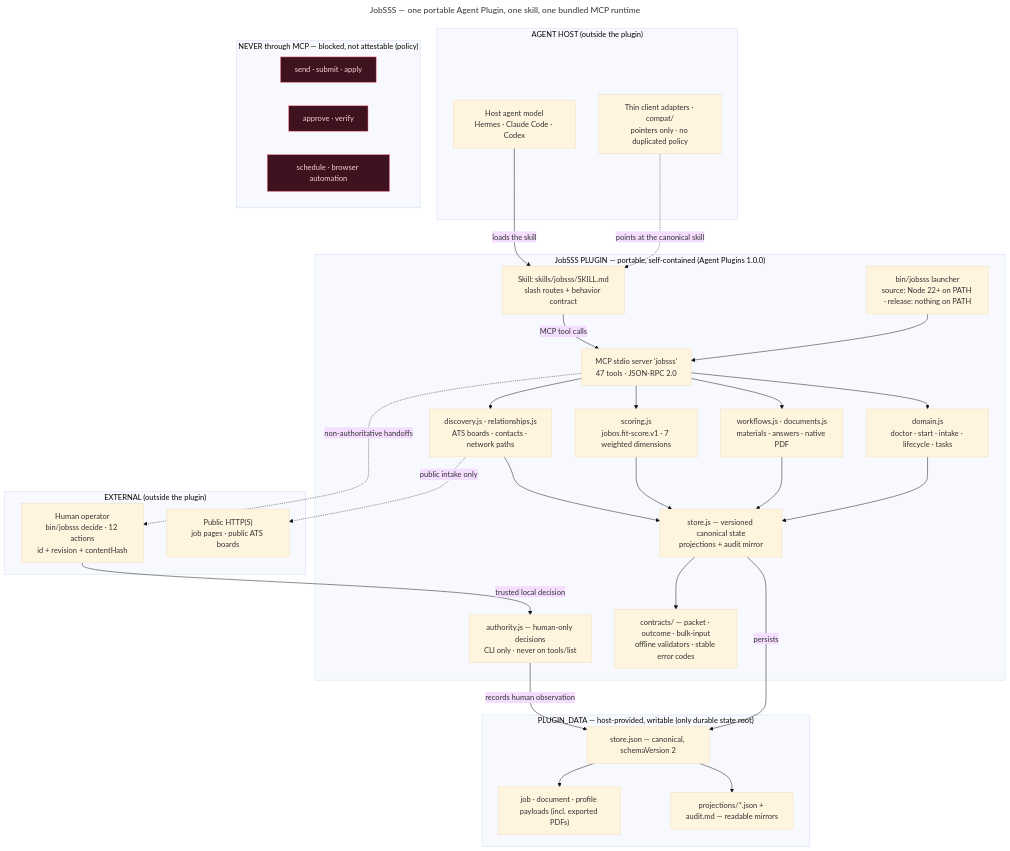
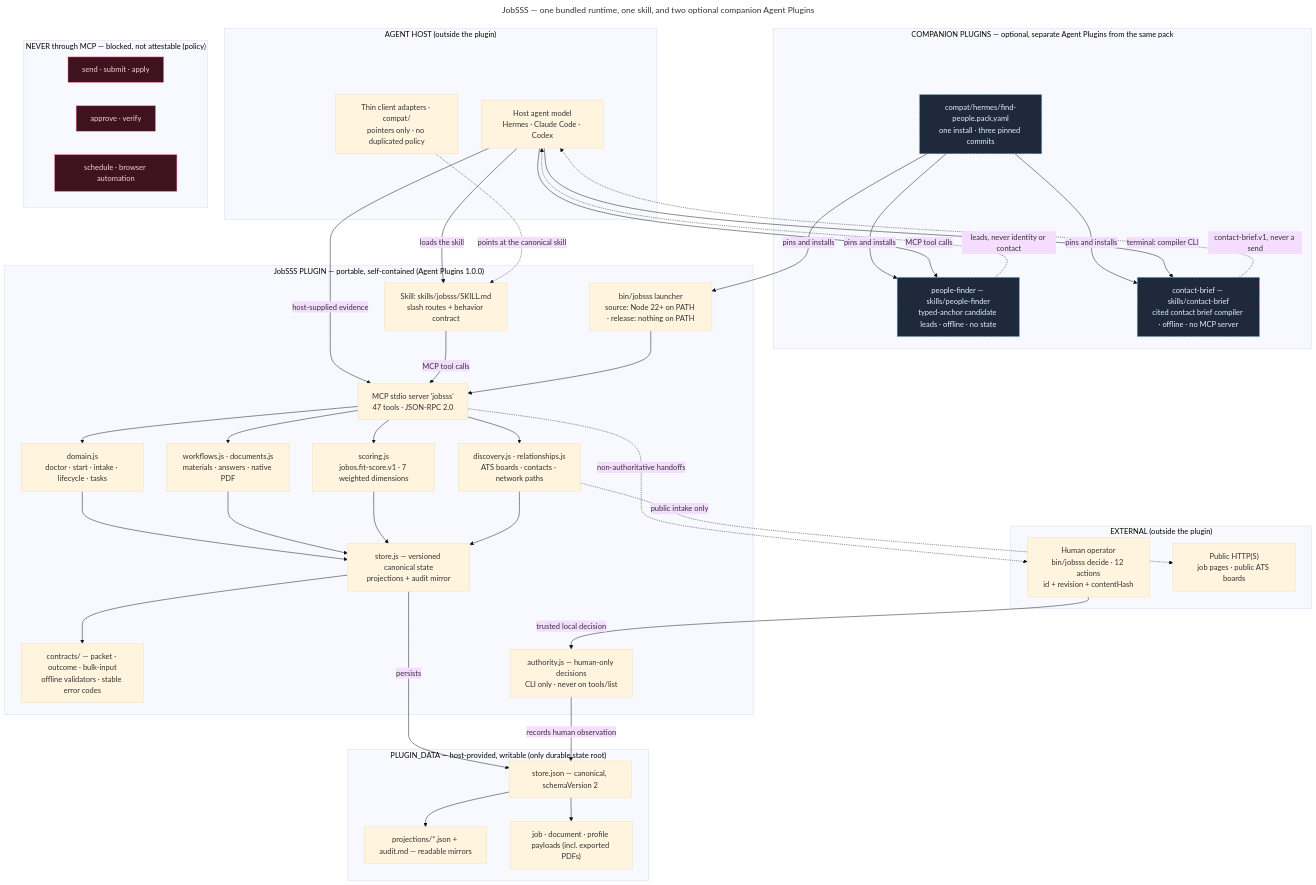
One commit to lpbangun/jobsss changed the diagram in docs/jobsss-architecture.mmd. Above: the diagram before and after it, drawn with Mermaid (base theme). The commit also changed 2 other files, not shown here.

Commit message:
docs(readme): standalone framing, install-first order, agent prompt, companions in the diagram
- remove every JobOS reference from the README: the standalone framing needs no
  other project named, and the release/license prose now reads without it. The
  `jobos.fit-score.v1` contract id stays (frozen, gate-asserted string) and
  LICENSE keeps its required attribution.
- move Install above Architecture and lead with a copy-paste prompt that points
  an agent at INSTALL.md to pick the surface for its own host.
- architecture: add boundary 6 (companions are separate plugins, host-supplied
  evidence only) and draw people-finder, contact-brief and the pack as a separate
  COMPANION PLUGINS group in docs/jobsss-architecture.mmd; SVG regenerated with
  mermaid-cli (dark theme) and verified to contain every node label.

Verified: frozen focused suite 49/49 under the checksum-pinned Node 22.22.3;
tests/install-surfaces.test.mjs 3/3.

```diff
--- a/docs/jobsss-architecture.mmd
+++ b/docs/jobsss-architecture.mmd
@@ -1,59 +1,75 @@
 ---
-title: "JobSSS — one portable Agent Plugin, one skill, one bundled MCP runtime"
+title: "JobSSS — one bundled runtime, one skill, and two optional companion Agent Plugins"
 ---
 flowchart TB
   subgraph HOST["AGENT HOST (outside the plugin)"]
     Agent["Host agent model<br/>Hermes · Claude Code · Codex"]
     Adapters["Thin client adapters · compat/<br/>pointers only · no duplicated policy"]
+  end
+
+  subgraph COMPANIONS["COMPANION PLUGINS — optional, separate Agent Plugins from the same pack"]
+    Pack["compat/hermes/find-people.pack.yaml<br/>one install · three pinned commits"]
+    PF["people-finder — skills/people-finder<br/>typed-anchor candidate leads · offline · no state"]
+    CB["contact-brief — skills/contact-brief<br/>cited contact brief compiler · offline · no MCP server"]
   end
 
   subgraph PLUGIN["JobSSS PLUGIN — portable, self-contained (Agent Plugins 1.0.0)"]
     Skill["Skill: skills/jobsss/SKILL.md<br/>slash routes + behavior contract"]
     Launcher["bin/jobsss launcher<br/>source: Node 22+ on PATH · release: nothing on PATH"]
     MCP["MCP stdio server 'jobsss'<br/>47 tools · JSON-RPC 2.0"]
     D1["domain.js<br/>doctor · start · intake · lifecycle · tasks"]
     D2["workflows.js · documents.js<br/>materials · answers · native PDF"]
     D3["scoring.js<br/>jobos.fit-score.v1 · 7 weighted dimensions"]
     D4["discovery.js · relationships.js<br/>ATS boards · contacts · network paths"]
     Store["store.js — versioned canonical state<br/>projections + audit mirror"]
     Contracts["contracts/ — packet · outcome · bulk-input<br/>offline validators · stable error codes"]
     Authority["authority.js — human-only decisions<br/>CLI only · never on tools/list"]
   end
 
   subgraph DATA["PLUGIN_DATA — host-provided, writable (only durable state root)"]
     S1["store.json — canonical, schemaVersion 2"]
     S2["projections/*.json + audit.md — readable mirrors"]
     S3["job · document · profile payloads (incl. exported PDFs)"]
   end
 
   subgraph EXT["EXTERNAL (outside the plugin)"]
     Human["Human operator<br/>bin/jobsss decide · 12 actions<br/>id + revision + contentHash"]
     Public["Public HTTP(S)<br/>job pages · public ATS boards"]
   end
 
   subgraph NEVER["NEVER through MCP — blocked, not attestable (policy)"]
     N1["send · submit · apply"]
     N2["approve · verify"]
     N3["schedule · browser automation"]
   end
 
   Agent -->|"loads the skill"| Skill
   Adapters -.->|"points at the canonical skill"| Skill
+  Pack -->|"pins and installs"| Launcher
+  Pack -->|"pins and installs"| PF
+  Pack -->|"pins and installs"| CB
+  Agent -->|"MCP tool calls"| PF
+  Agent -->|"terminal: compiler CLI"| CB
+  Agent -->|"host-supplied evidence"| MCP
   Skill -->|"MCP tool calls"| MCP
   Launcher --> MCP
   MCP --> D1 & D2 & D3 & D4
   D1 --> Store
   D2 --> Store
   D3 --> Store
   D4 --> Store
   D4 -.->|"public intake only"| Public
   Store -->|"persists"| S1
   S1 --> S2
   S1 --> S3
   Store --> Contracts
   MCP -.->|"non-authoritative handoffs"| Human
   Human -->|"trusted local decision"| Authority
   Authority -->|"records human observation"| S1
+  PF -.->|"leads, never identity or contact"| Agent
+  CB -.->|"contact-brief.v1, never a send"| Agent
 
   classDef blocked fill:#3f1220,stroke:#fb7185,color:#fecdd3;
+  classDef companion fill:#1e293b,stroke:#7dd3fc,color:#e0f2fe,stroke-dasharray:4 3;
   class N1,N2,N3 blocked;
+  class Pack,PF,CB companion;
```
